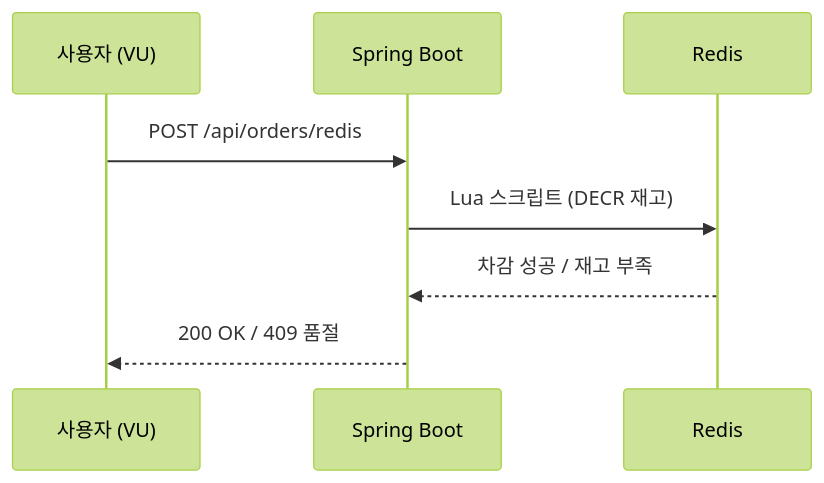
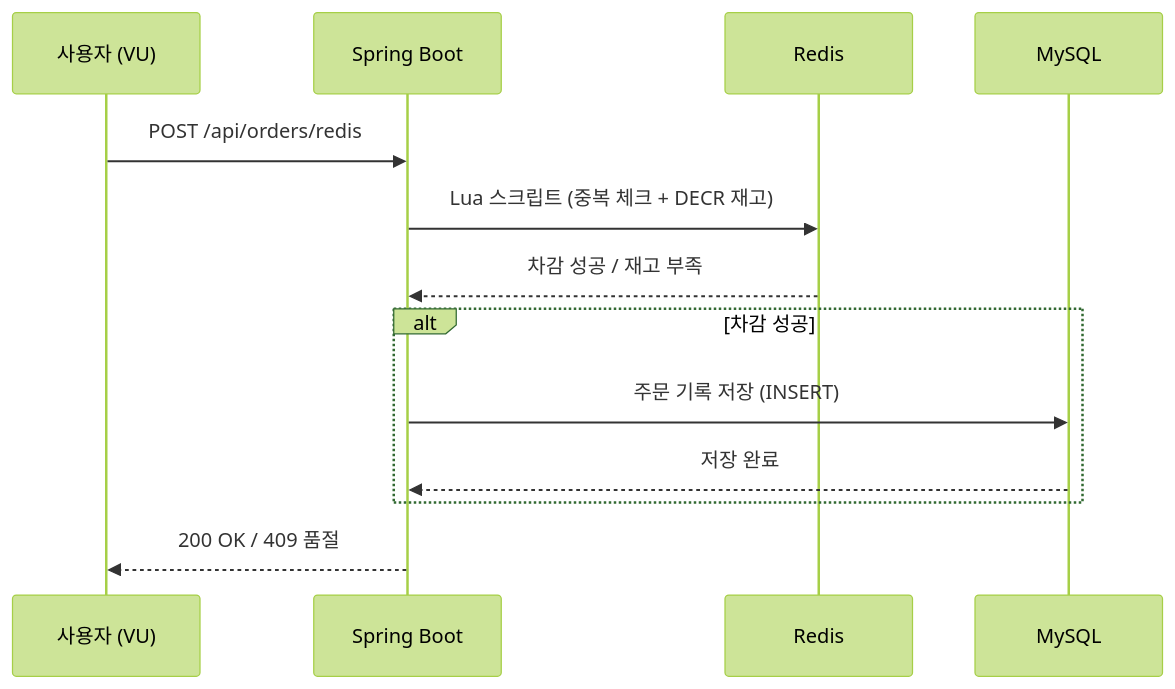
Before and after one commit to rhcwlq89/rhcwlq89.github.io: the second of 4 diagrams in src/content/blog/fcfs-load-test-comparison.md, drawn with Mermaid (forest theme). The commit also changed other lines of this file and 1 other file, not shown here.

Commit message:
fix: 8편 Redis 시퀀스 다이어그램에 DB 저장 단계 추가 (한/영)

````diff
--- a/src/content/blog/fcfs-load-test-comparison.md
+++ b/src/content/blog/fcfs-load-test-comparison.md
@@ -147,11 +147,16 @@
 ```mermaid
 sequenceDiagram
     participant U as 사용자 (VU)
     participant A as Spring Boot
     participant R as Redis
+    participant DB as MySQL
 
     U->>A: POST /api/orders/redis
-    A->>R: Lua 스크립트 (DECR 재고)
+    A->>R: Lua 스크립트 (중복 체크 + DECR 재고)
     R-->>A: 차감 성공 / 재고 부족
+    alt 차감 성공
+        A->>DB: 주문 기록 저장 (INSERT)
+        DB-->>A: 저장 완료
+    end
     A-->>U: 200 OK / 409 품절
 ```
````
